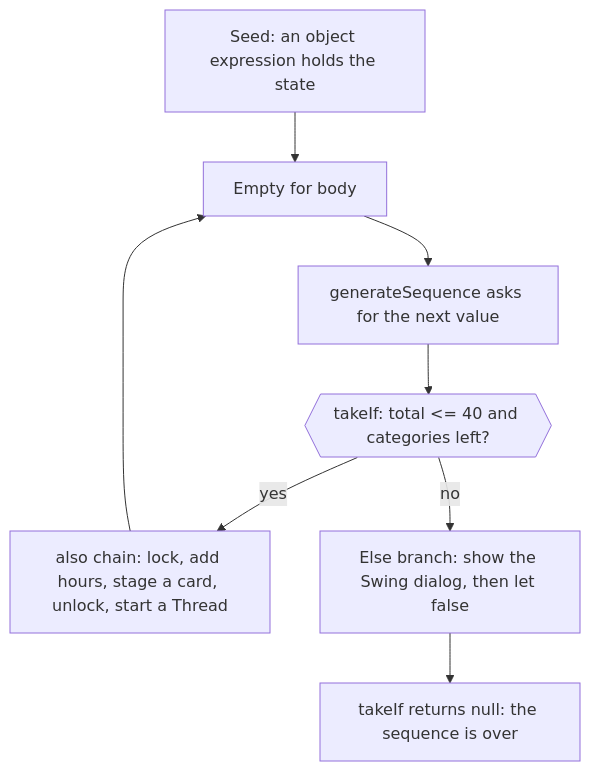
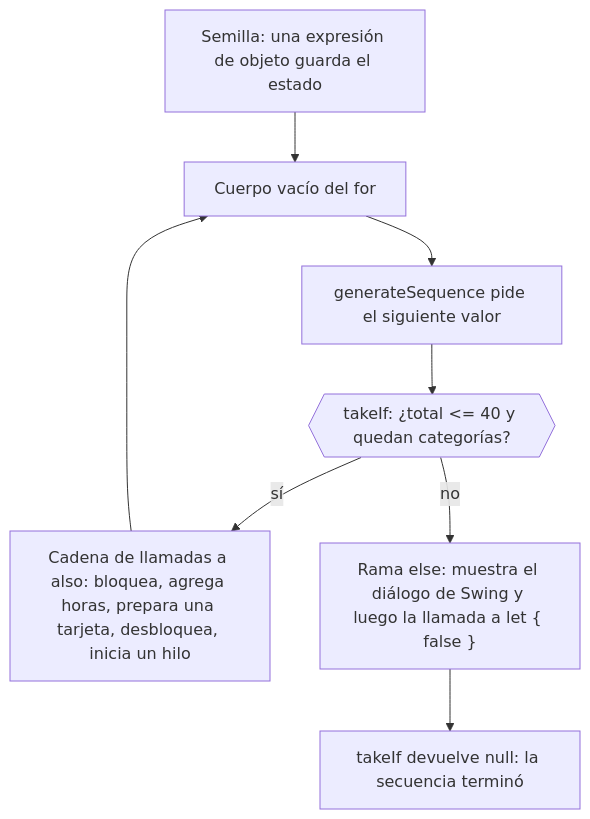
One commit to dullroar/aprende-a-programar-como-un-bicho-raro changed the fourth of 9 diagrams in lessons/lenguajes/csharp-linq-xaml.md. Above: the diagram before and after it, drawn with Mermaid. The commit also changed other lines of this file and 31 other files, not shown here.

````diff
--- a/lessons/lenguajes/csharp-linq-xaml.md
+++ b/lessons/lenguajes/csharp-linq-xaml.md
@@ -214,12 +214,12 @@
 ```mermaid
 flowchart TD
-    accTitle: KotlinChallenge1: a generated sequence ends when takeIf returns null
-    accDescr: A flowchart. The seed object is the first value of generateSequence. The empty for body runs. The sequence then asks its next function for the next value. takeIf tests whether the total is 40 or less and a category remains. If so, a chain of also calls locks, adds hours, stages a card, unlocks and starts a thread, and the same object is the next value, so the body runs again. If not, the else branch shows a Swing dialog built from Spring XML and ends with let false, so takeIf returns null and the sequence, and the for, end.
-    A["Seed: an object expression holds the state"] --> B["Empty for body"]
-    B --> C["generateSequence asks for the next value"]
-    C --> D{{"takeIf: total <= 40 and categories left?"}}
-    D -->|yes| E["also chain: lock, add hours, stage a card, unlock, start a Thread"]
+    accTitle: KotlinChallenge1: una secuencia generada termina cuando takeIf devuelve null
+    accDescr: Un diagrama de flujo. El objeto semilla es el primer valor de generateSequence. El cuerpo vacío del for se ejecuta. Luego la secuencia pide el siguiente valor a la función generadora. takeIf comprueba si el total no pasa de 40 y si queda una categoría. Si es así, una cadena de llamadas a also bloquea, suma horas, prepara una tarjeta, desbloquea e inicia un hilo, y el mismo objeto es el siguiente valor, así que el cuerpo se ejecuta otra vez. Si no, la rama else muestra un diálogo de Swing construido con XML de Spring y termina con la llamada a let { false }, así que takeIf devuelve null y la secuencia y el for terminan.
+    A["Semilla: una expresión de objeto guarda el estado"] --> B["Cuerpo vacío del for"]
+    B --> C["generateSequence pide el siguiente valor"]
+    C --> D{{"takeIf: ¿total <= 40 y quedan categorías?"}}
+    D -->|sí| E["Cadena de llamadas a also: bloquea, agrega horas, prepara una tarjeta, desbloquea, inicia un hilo"]
     E --> B
-    D -->|no| F["Else branch: show the Swing dialog, then let false"]
-    F --> G["takeIf returns null: the sequence is over"]
+    D -->|no| F["Rama else: muestra el diálogo de Swing y luego la llamada a let { false }"]
+    F --> G["takeIf devuelve null: la secuencia terminó"]
 ```
````
